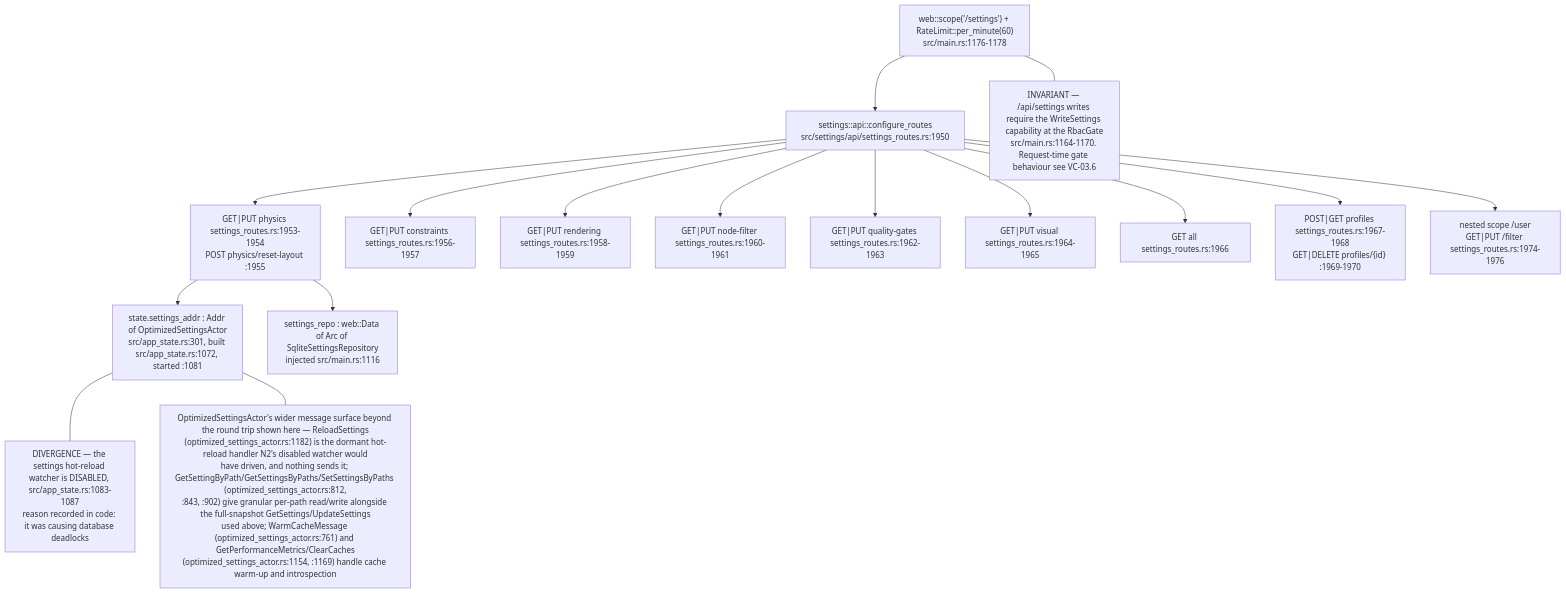
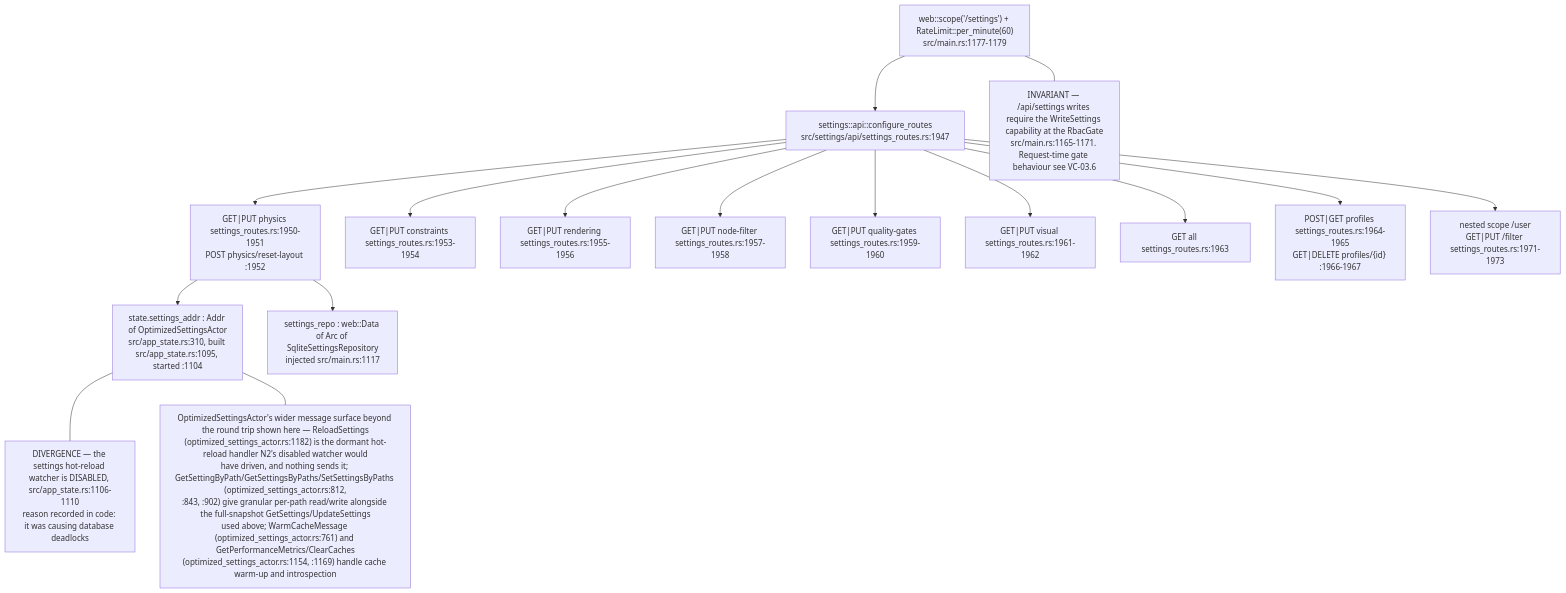
The first of 9 diagrams in docs/diagrams/visionclaw/06-settings-round-trip.md (DreamLab-AI/VisionFlow), drawn with Mermaid before and after one commit. The commit also changed other lines of this file and 49 other files, not shown here.

First line of the commit message:
docs(diagrams): re-derive and re-stamp VisionClaw, estate, knowledge-graph, visionGraph, VisionFlow and sidestr topics

````diff
--- a/docs/diagrams/visionclaw/06-settings-round-trip.md
+++ b/docs/diagrams/visionclaw/06-settings-round-trip.md
@@ -57,24 +57,24 @@
 ```mermaid
 flowchart TB
-    S["web::scope('/settings') + RateLimit::per_minute(60)<br/>src/main.rs:1176-1178"]
-    S --> CFG["settings::api::configure_routes<br/>src/settings/api/settings_routes.rs:1950"]
-    CFG --> P["GET|PUT physics settings_routes.rs:1953-1954<br/>POST physics/reset-layout :1955"]
-    CFG --> C["GET|PUT constraints settings_routes.rs:1956-1957"]
-    CFG --> R["GET|PUT rendering settings_routes.rs:1958-1959"]
-    CFG --> NF["GET|PUT node-filter settings_routes.rs:1960-1961"]
-    CFG --> QG["GET|PUT quality-gates settings_routes.rs:1962-1963"]
-    CFG --> V["GET|PUT visual settings_routes.rs:1964-1965"]
-    CFG --> AL["GET all settings_routes.rs:1966"]
-    CFG --> PR["POST|GET profiles settings_routes.rs:1967-1968<br/>GET|DELETE profiles/{id} :1969-1970"]
-    CFG --> U["nested scope /user<br/>GET|PUT /filter settings_routes.rs:1974-1976"]
-    ACT["state.settings_addr : Addr of OptimizedSettingsActor<br/>src/app_state.rs:301, built src/app_state.rs:1072, started :1081"]
-    REPO["settings_repo : web::Data of Arc of SqliteSettingsRepository<br/>injected src/main.rs:1116"]
+    S["web::scope('/settings') + RateLimit::per_minute(60)<br/>src/main.rs:1177-1179"]
+    S --> CFG["settings::api::configure_routes<br/>src/settings/api/settings_routes.rs:1947"]
+    CFG --> P["GET|PUT physics settings_routes.rs:1950-1951<br/>POST physics/reset-layout :1952"]
+    CFG --> C["GET|PUT constraints settings_routes.rs:1953-1954"]
+    CFG --> R["GET|PUT rendering settings_routes.rs:1955-1956"]
+    CFG --> NF["GET|PUT node-filter settings_routes.rs:1957-1958"]
+    CFG --> QG["GET|PUT quality-gates settings_routes.rs:1959-1960"]
+    CFG --> V["GET|PUT visual settings_routes.rs:1961-1962"]
+    CFG --> AL["GET all settings_routes.rs:1963"]
+    CFG --> PR["POST|GET profiles settings_routes.rs:1964-1965<br/>GET|DELETE profiles/{id} :1966-1967"]
+    CFG --> U["nested scope /user<br/>GET|PUT /filter settings_routes.rs:1971-1973"]
+    ACT["state.settings_addr : Addr of OptimizedSettingsActor<br/>src/app_state.rs:310, built src/app_state.rs:1095, started :1104"]
+    REPO["settings_repo : web::Data of Arc of SqliteSettingsRepository<br/>injected src/main.rs:1117"]
     P --> ACT
     P --> REPO
-    N1["INVARIANT — /api/settings writes require the WriteSettings capability at the RbacGate<br/>src/main.rs:1164-1170. Request-time gate behaviour see VC-03.6"]
+    N1["INVARIANT — /api/settings writes require the WriteSettings capability at the RbacGate<br/>src/main.rs:1165-1171. Request-time gate behaviour see VC-03.6"]
     S --- N1
-    N2["DIVERGENCE — the settings hot-reload watcher is DISABLED, src/app_state.rs:1083-1087<br/>reason recorded in code: it was causing database deadlocks"]
+    N2["DIVERGENCE — the settings hot-reload watcher is DISABLED, src/app_state.rs:1106-1110<br/>reason recorded in code: it was causing database deadlocks"]
     ACT --- N2
     N3["OptimizedSettingsActor's wider message surface beyond the round trip shown here — ReloadSettings<br/>(optimized_settings_actor.rs:1182) is the dormant hot-reload handler N2's disabled watcher would<br/>have driven, and nothing sends it; GetSettingByPath/GetSettingsByPaths/SetSettingsByPaths (optimized_settings_actor.rs:812,<br/>:843, :902) give granular per-path read/write alongside the full-snapshot GetSettings/UpdateSettings<br/>used above; WarmCacheMessage (optimized_settings_actor.rs:761) and GetPerformanceMetrics/ClearCaches<br/>(optimized_settings_actor.rs:1154, :1169) handle cache warm-up and introspection"]
     ACT --- N3
 ```
````
